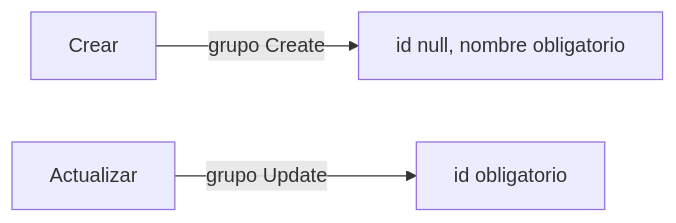
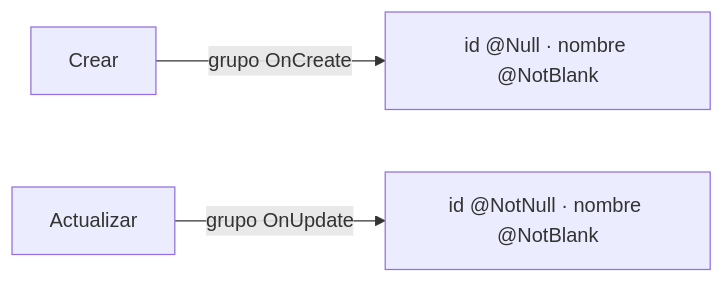
Before and after one commit to obiticadev/DAM-2025-26: the third of 4 diagrams in Programación/Aprendizaje autodidacta/11_APIRESTMasterclass/teoria/08_Bean_Validation.md, drawn with Mermaid. The commit also changed other lines of this file and 40 other files, not shown here.

````diff
--- a/Programación/Aprendizaje autodidacta/11_APIRESTMasterclass/teoria/08_Bean_Validation.md
+++ b/Programación/Aprendizaje autodidacta/11_APIRESTMasterclass/teoria/08_Bean_Validation.md
@@ -34,5 +211,5 @@
 ```mermaid
 flowchart LR
-    Crear -->|grupo Create| R1[id null, nombre obligatorio]
-    Actualizar -->|grupo Update| R2[id obligatorio]
+    Crear -->|grupo OnCreate| R1["id @Null · nombre @NotBlank"]
+    Actualizar -->|grupo OnUpdate| R2["id @NotNull · nombre @NotBlank"]
 ```
````
